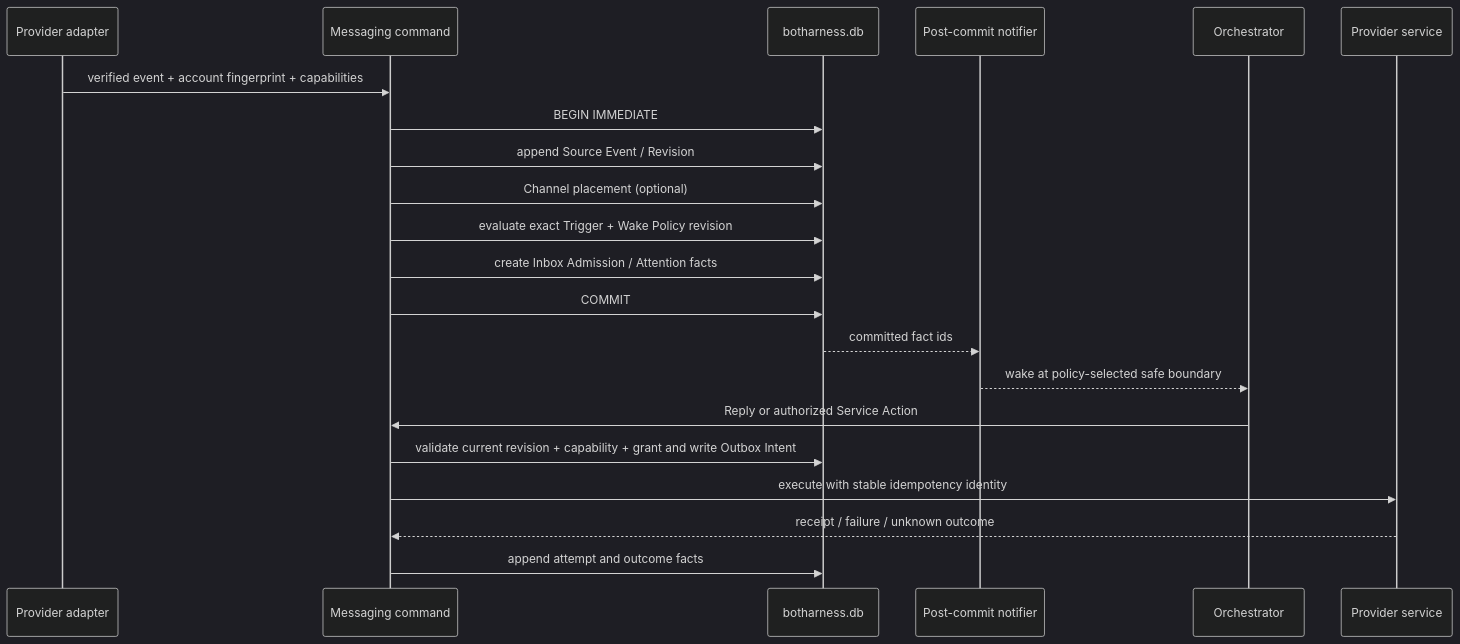
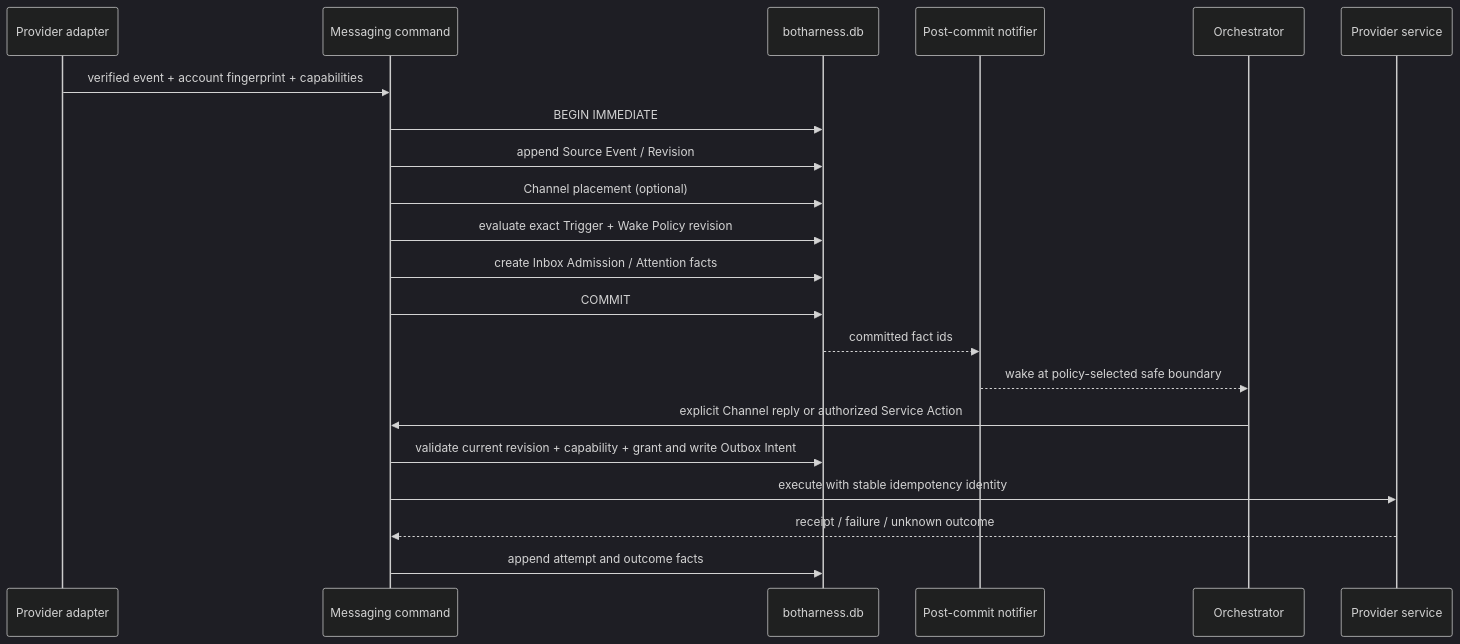
Before and after one commit to BotHarness/BotHarness: the fourth of 6 diagrams in docs/architecture/botharness-architecture.md, drawn with Mermaid (dark theme). The commit also changed other lines of this file and 28 other files, not shown here.

````diff
--- a/docs/architecture/botharness-architecture.md
+++ b/docs/architecture/botharness-architecture.md
@@ -138,24 +138,24 @@
 ```mermaid
 sequenceDiagram
   participant P as Provider adapter
   participant M as Messaging command
   participant DB as botharness.db
   participant N as Post-commit notifier
   participant O as Orchestrator
   participant X as Provider service
 
   P->>M: verified event + account fingerprint + capabilities
   M->>DB: BEGIN IMMEDIATE
   M->>DB: append Source Event / Revision
   M->>DB: Channel placement (optional)
   M->>DB: evaluate exact Trigger + Wake Policy revision
   M->>DB: create Inbox Admission / Attention facts
   M->>DB: COMMIT
   DB-->>N: committed fact ids
   N-->>O: wake at policy-selected safe boundary
-  O->>M: Reply or authorized Service Action
+  O->>M: explicit Channel reply or authorized Service Action
   M->>DB: validate current revision + capability + grant and write Outbox Intent
   M->>X: execute with stable idempotency identity
   X-->>M: receipt / failure / unknown outcome
   M->>DB: append attempt and outcome facts
 ```
````
